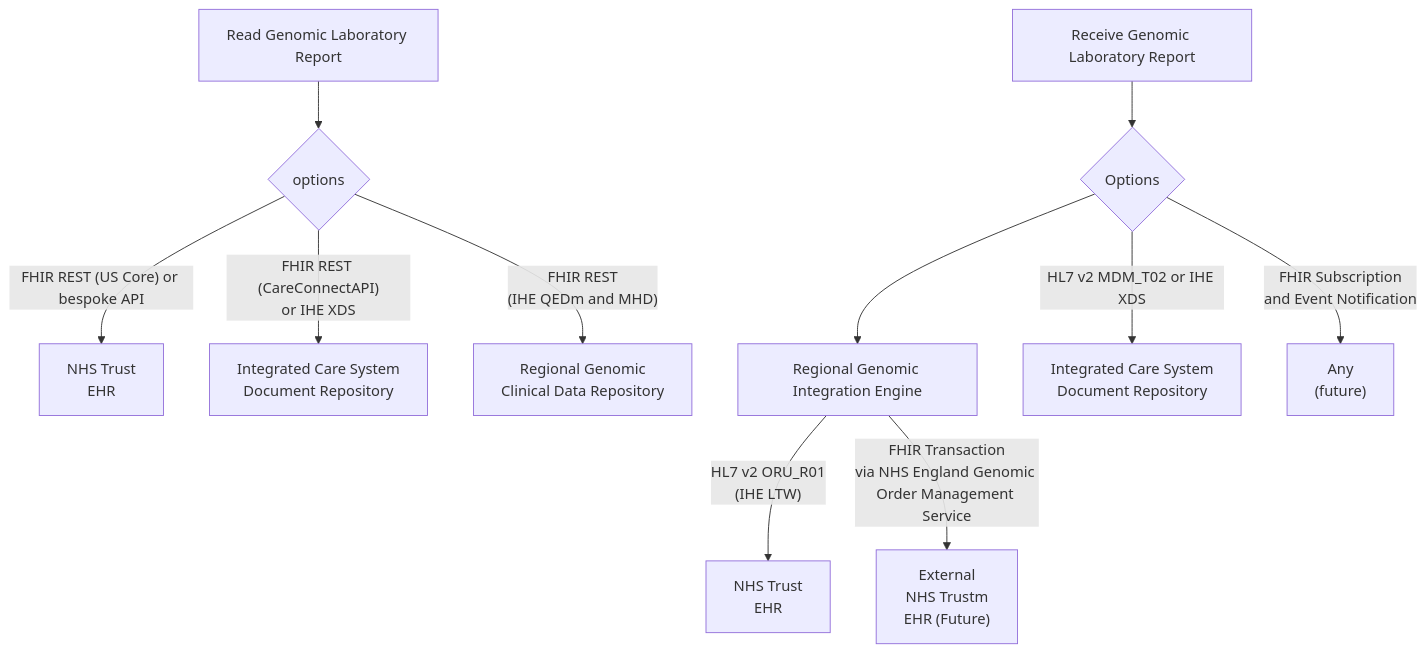
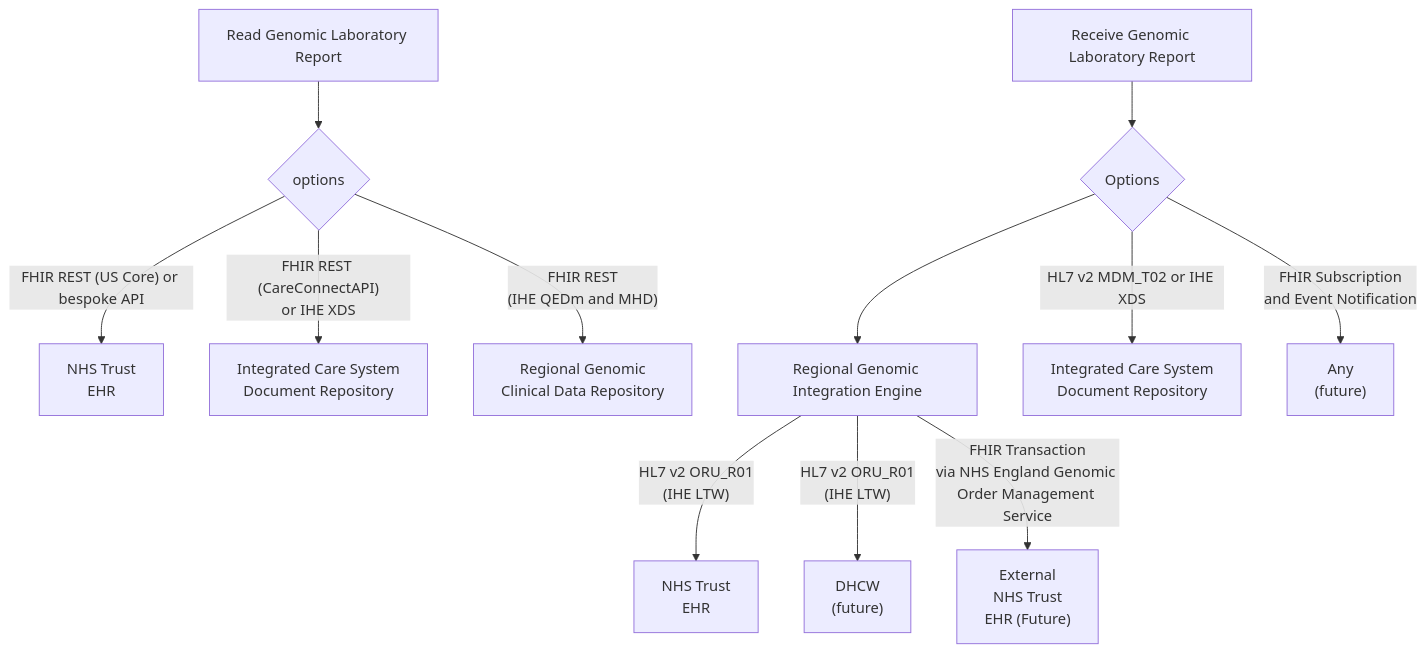
Before and after one commit to uk-gov-mirror/nw-gmsa.nw-gmsa.github.com: the second of 3 diagrams in input/pagecontent/index.md, drawn with Mermaid.

Commit message:
Genomic Test Order and Report Example Scenario

````diff
--- a/input/pagecontent/index.md
+++ b/input/pagecontent/index.md
@@ -61,14 +61,15 @@
 ```mermaid
 graph TD;
     Read[Read Genomic Laboratory Report]-->O
     O{options} --> |"FHIR REST (US Core) or bespoke API"| EHR[NHS Trust<br/>EHR] 
     O --> |"FHIR REST (CareConnectAPI)<br/>or IHE XDS"| ICS[Integrated Care System <br/> Document Repository]
     O --> |"FHIR REST<br/>(IHE QEDm and MHD)"| CDR[Regional Genomic<br/> Clinical Data Repository]
 
     Receive[Receive Genomic Laboratory Report] --> OR{Options}
     OR --> RIE[Regional Genomic Integration Engine] 
     RIE--> |"HL7 v2 ORU_R01<br/>(IHE LTW)"| EHRTIE[NHS Trust<br/>EHR] 
-    RIE --> |"FHIR Transaction<br/>via NHS England Genomic Order Management Service"| GOMS["External<br/>NHS Trustm<br/>EHR (Future)"] 
+    RIE--> |"HL7 v2 ORU_R01<br/>(IHE LTW)"| BOARD["DHCW<br/>(future)"]
+    RIE --> |"FHIR Transaction<br/>via NHS England Genomic Order Management Service"| GOMS["External<br/>NHS Trust<br/>EHR (Future)"] 
     OR --> |HL7 v2 MDM_T02 or IHE XDS| ICSTIE[Integrated Care System <br/> Document Repository]
     OR --> |FHIR Subscription <br/> and Event Notification| Any["Any <br/>(future)"]
 ```
````
